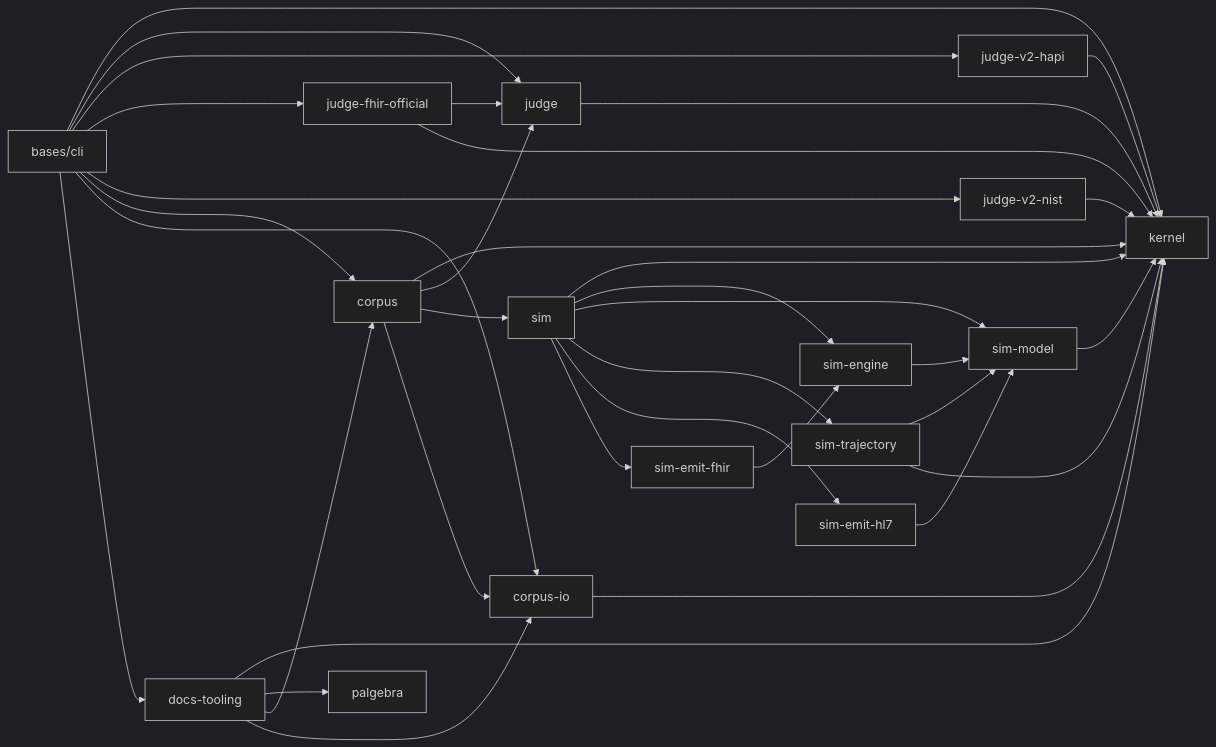
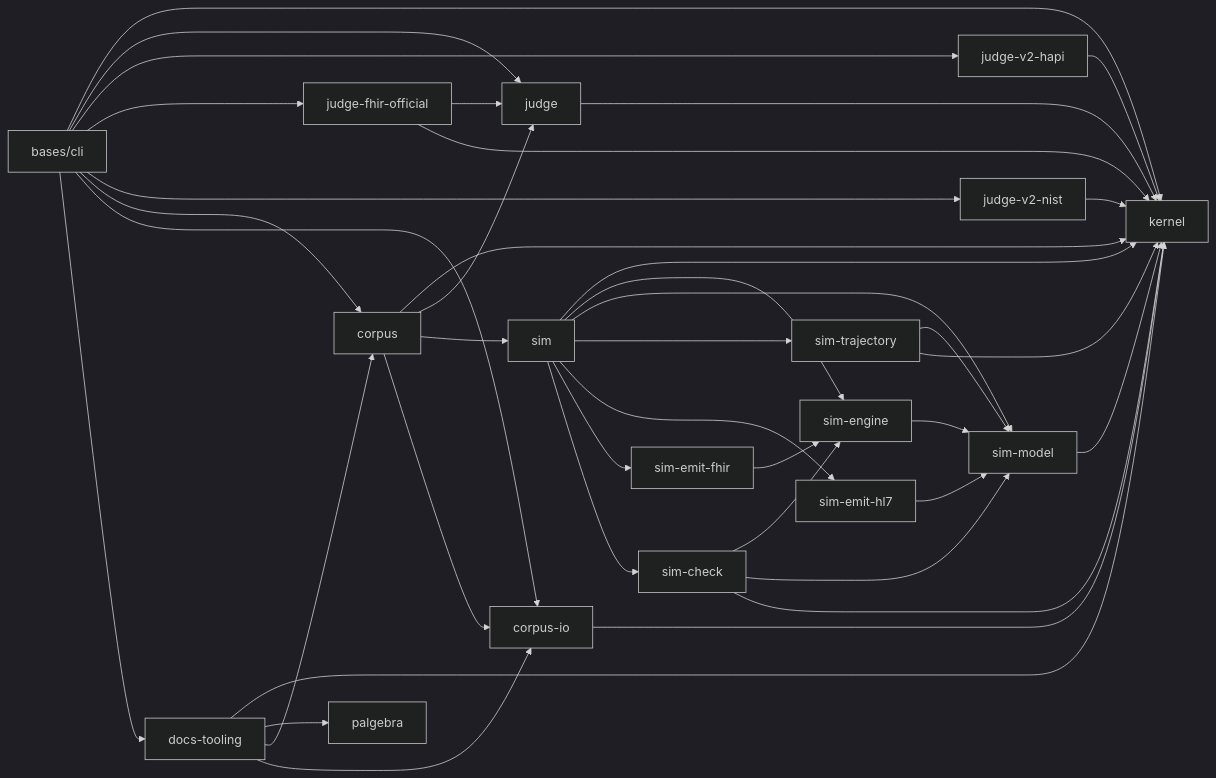
One commit to pragsmike/ehr-testing-tools changed the diagram in docs/dev/architecture.md. Above: the diagram before and after it, drawn with Mermaid (dark theme). The commit also changed other lines of this file and 17 other files, not shown here.

````diff
--- a/docs/dev/architecture.md
+++ b/docs/dev/architecture.md
@@ -25,54 +25,59 @@
 ```mermaid
 flowchart LR
     kernel[kernel]
     judge[judge]
     judgev2hapi[judge-v2-hapi]
     judgefhirofficial[judge-fhir-official]
     judgev2nist[judge-v2-nist]
     corpus[corpus]
     corpusio[corpus-io]
     docstooling[docs-tooling]
     palgebra[palgebra]
     simmodel[sim-model]
     simengine[sim-engine]
     simtrajectory[sim-trajectory]
     simemithl7[sim-emit-hl7]
     simemitfhir[sim-emit-fhir]
+    simcheck[sim-check]
     sim[sim]
     cli[bases/cli]
 
     judge --> kernel
     judgev2hapi --> kernel
     judgefhirofficial --> judge
     judgefhirofficial --> kernel
     judgev2nist --> kernel
     corpusio --> kernel
     corpus --> kernel
     corpus --> judge
     corpus --> sim
     corpus --> corpusio
     simmodel --> kernel
     simengine --> simmodel
     simtrajectory --> simmodel
     simtrajectory --> kernel
     simemithl7 --> simmodel
     simemitfhir --> simengine
+    simcheck --> simengine
+    simcheck --> simmodel
+    simcheck --> kernel
     sim --> kernel
     sim --> simengine
     sim --> simmodel
     sim --> simtrajectory
     sim --> simemithl7
     sim --> simemitfhir
+    sim --> simcheck
     docstooling --> kernel
     docstooling --> palgebra
     docstooling --> corpus
     docstooling --> corpusio
     cli --> kernel
     cli --> judge
     cli --> judgev2hapi
     cli --> judgefhirofficial
     cli --> judgev2nist
     cli --> corpus
     cli --> corpusio
     cli --> docstooling
 ```
````
